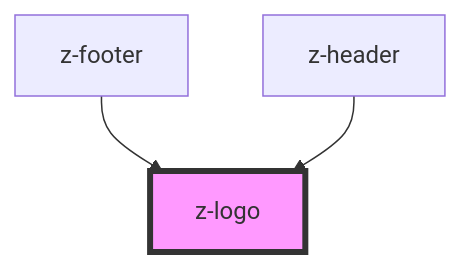
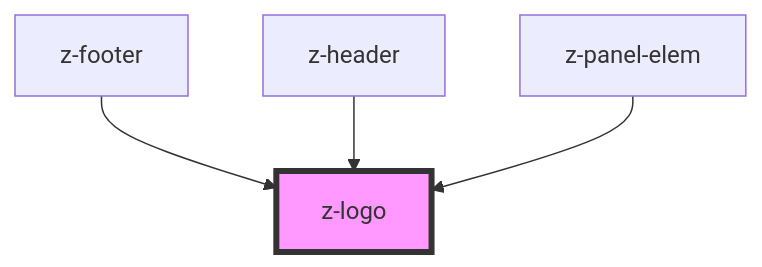
One commit to ZanichelliEditore/design-system changed the diagram in web-components-library/src/components/z-logo/readme.md. Above: the diagram before and after it, drawn with Mermaid. The commit also changed other lines of this file and 6 other files, not shown here.

````diff
--- a/web-components-library/src/components/z-logo/readme.md
+++ b/web-components-library/src/components/z-logo/readme.md
@@ -26,6 +27,7 @@
 ```mermaid
 graph TD;
   z-footer --> z-logo
   z-header --> z-logo
+  z-panel-elem --> z-logo
   style z-logo fill:#f9f,stroke:#333,stroke-width:4px
 ```
````
